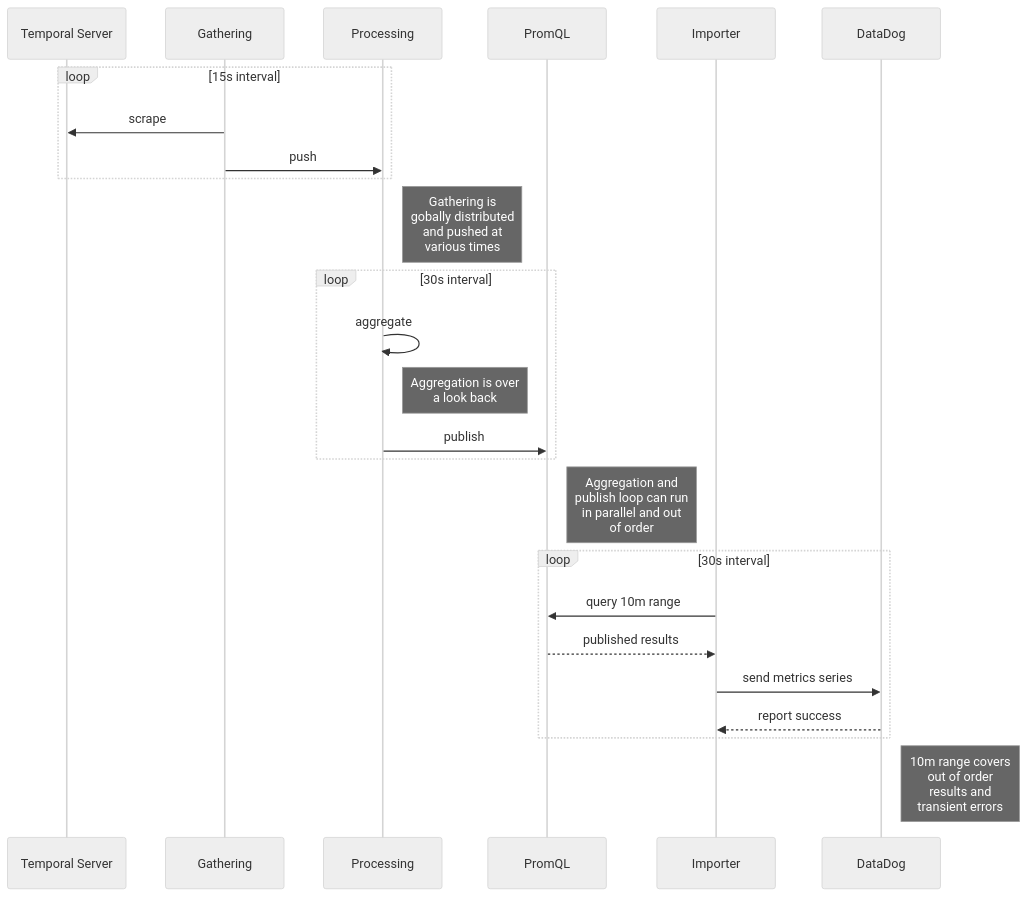
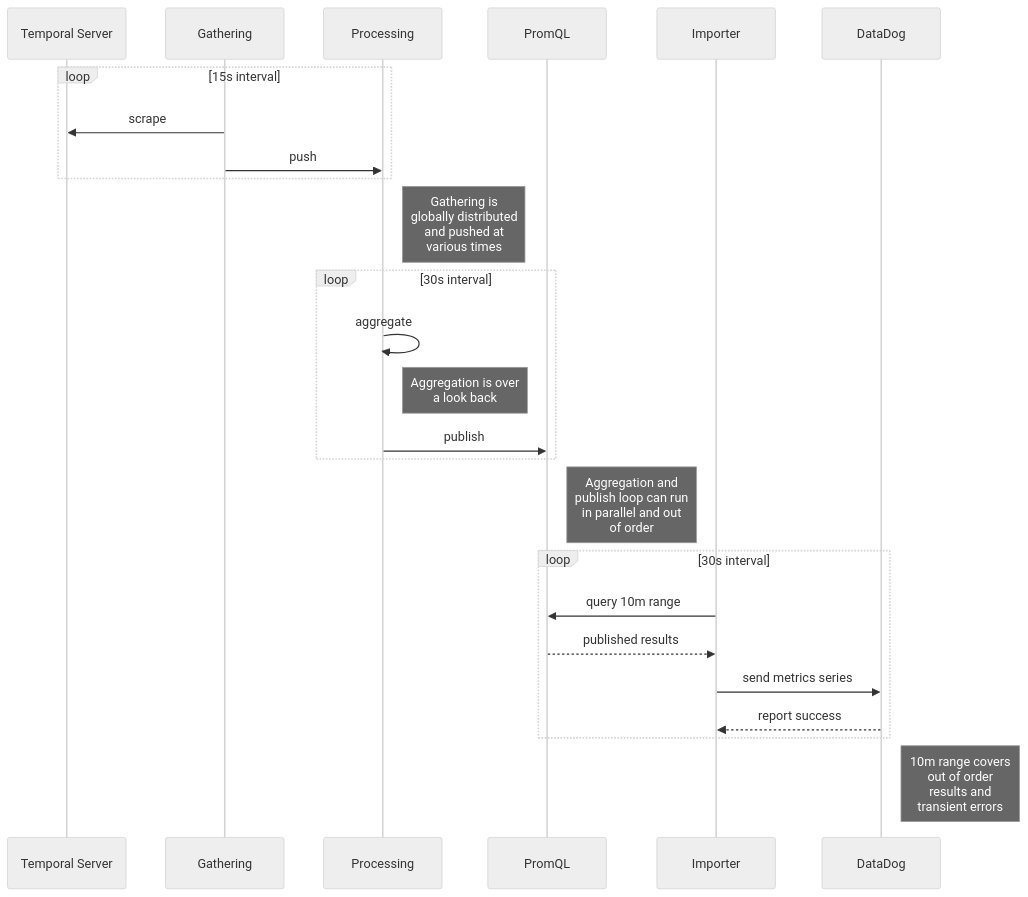
The diagram in cloud/observability/README.md (temporalio/samples-server), drawn with Mermaid (neutral theme) before and after one commit. The commit also changed 7 other files, not shown here.

````diff
--- a/cloud/observability/README.md
+++ b/cloud/observability/README.md
@@ -86,27 +86,27 @@
 ```mermaid
 sequenceDiagram
     participant Temporal Server
     participant Gathering
     participant Processing
     participant PromQL
     participant Importer
     participant DataDog
     loop 15s interval
         Gathering ->> Temporal Server: scrape
         Gathering ->> Processing: push
     end 
-    Note right of Processing: Gathering is<br>gobally distributed<br>and pushed at<br>various times
+    Note right of Processing: Gathering is<br>globally distributed<br>and pushed at<br>various times
     loop 30s interval
         Processing ->> Processing: aggregate
             Note right of Processing: Aggregation is over<br>a look back
         Processing ->> PromQL: publish
     end
     Note right of PromQL: Aggregation and<br>publish loop can run<br>in parallel and out<br>of order
     loop 30s interval
         Importer ->> PromQL: query 10m range
         PromQL -->> Importer: published results
         Importer ->> DataDog: send metrics series
         DataDog -->> Importer: report success
     end
     Note right of DataDog: 10m range covers<br>out of order<br>results and<br>transient errors
 ```
````
